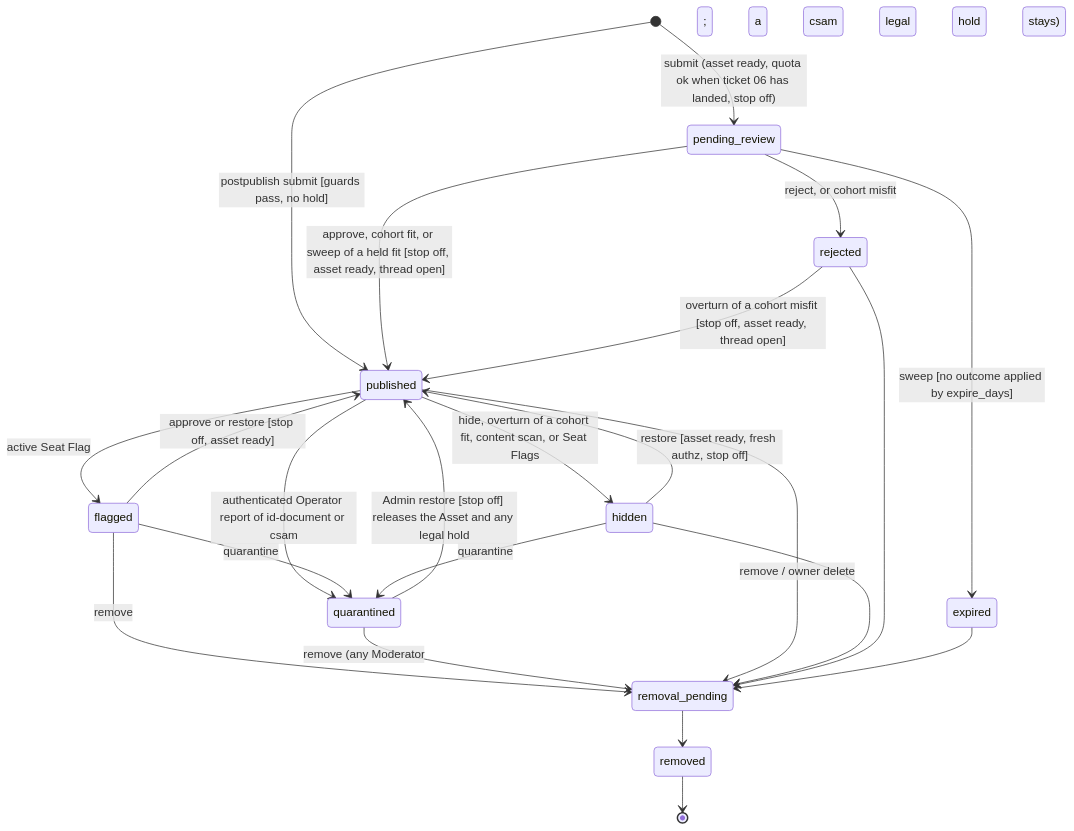
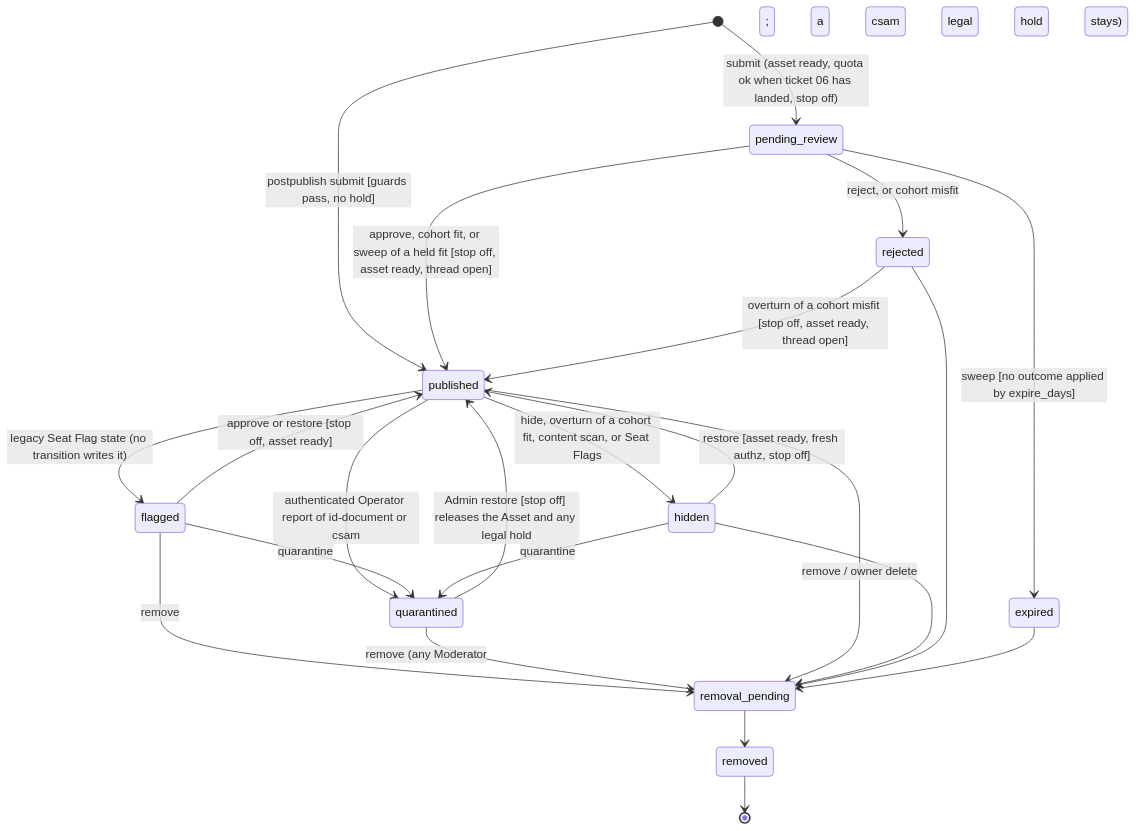
One commit to Zero-State-LLC/JChain changed the second of 2 diagrams in docs/SPEC.md. Above: the diagram before and after it, drawn with Mermaid. The commit also changed other lines of this file and 14 other files, not shown here.

````diff
--- a/docs/SPEC.md
+++ b/docs/SPEC.md
@@ -212,25 +212,25 @@
 ```mermaid
 stateDiagram-v2
   [*] --> pending_review: submit (asset ready, quota ok when ticket 06 has landed, stop off)
   [*] --> published: postpublish submit [guards pass, no hold]
   pending_review --> published: approve, cohort fit, or sweep of a held fit [stop off, asset ready, thread open]
   pending_review --> rejected: reject, or cohort misfit
   pending_review --> expired: sweep [no outcome applied by expire_days]
   published --> hidden: hide, overturn of a cohort fit, content scan, or Seat Flags
-  published --> flagged: active Seat Flag
+  published --> flagged: legacy Seat Flag state (no transition writes it)
   published --> quarantined: authenticated Operator report of id-document or csam
   flagged --> published: approve or restore [stop off, asset ready]
   flagged --> quarantined: quarantine
   flagged --> removal_pending: remove
   quarantined --> published: Admin restore [stop off] releases the Asset and any legal hold
   quarantined --> removal_pending: remove (any Moderator; a csam legal hold stays)
   published --> removal_pending: remove / owner delete
   hidden --> published: restore [asset ready, fresh authz, stop off]
   hidden --> quarantined: quarantine
   hidden --> removal_pending
   rejected --> published: overturn of a cohort misfit [stop off, asset ready, thread open]
   rejected --> removal_pending
   expired --> removal_pending
   removal_pending --> removed
   removed --> [*]
 ```
````
